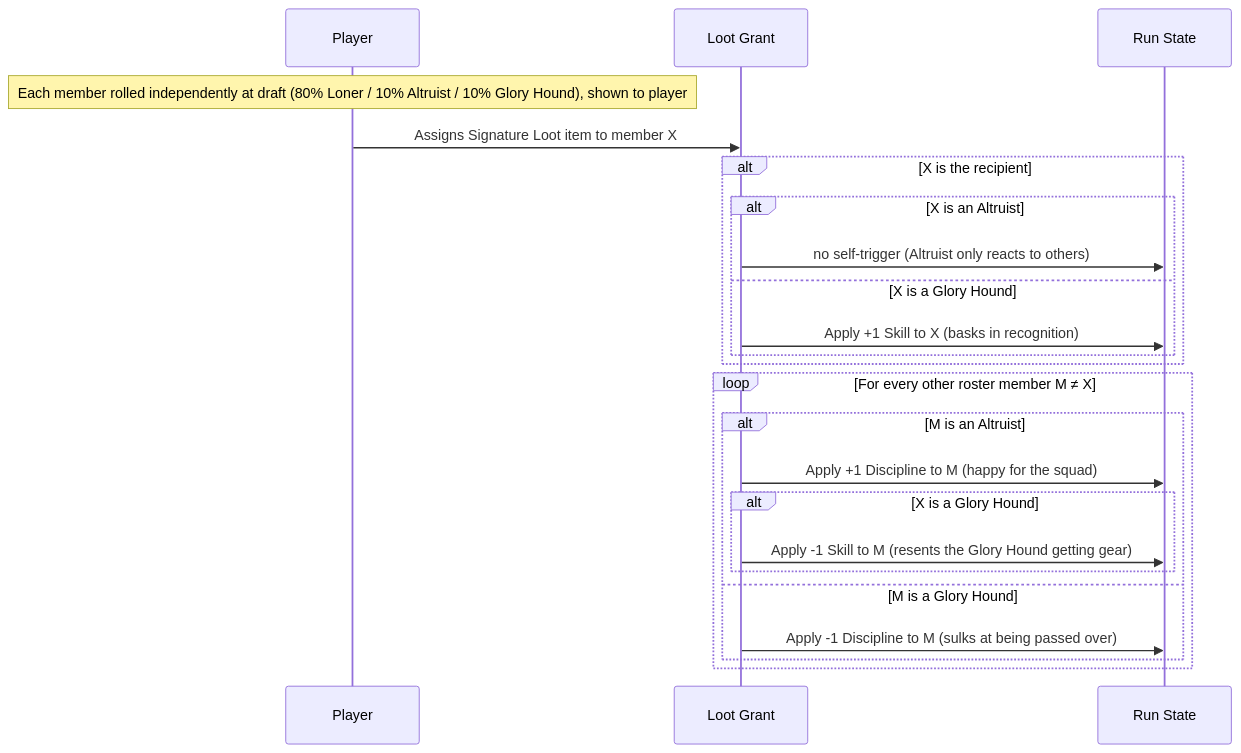
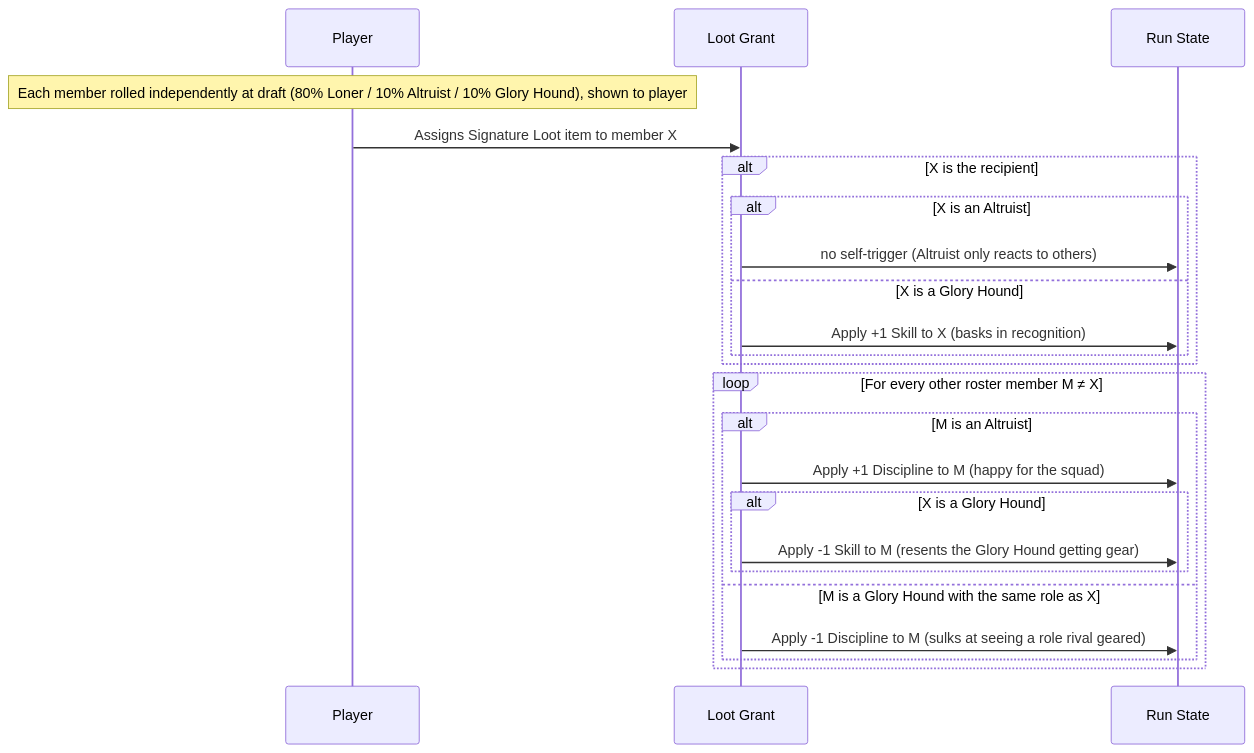
Before and after one commit to g-trinh/raid-manager: the diagram in docs/feature/personalities.md, drawn with Mermaid. The commit also changed other lines of this file and 2 other files, not shown here.

First line of the commit message:
feat(loot): limit Glory Hound sulk to same-role grants

````diff
--- a/docs/feature/personalities.md
+++ b/docs/feature/personalities.md
@@ -102,26 +102,26 @@
 ```mermaid
 sequenceDiagram
     participant P as Player
     participant L as Loot Grant
     participant RS as Run State
 
     Note over P: Each member rolled independently at draft (80% Loner / 10% Altruist / 10% Glory Hound), shown to player
     P->>L: Assigns Signature Loot item to member X
     alt X is the recipient
         alt X is an Altruist
             L->>RS: no self-trigger (Altruist only reacts to others)
         else X is a Glory Hound
             L->>RS: Apply +1 Skill to X (basks in recognition)
         end
     end
     loop For every other roster member M ≠ X
         alt M is an Altruist
             L->>RS: Apply +1 Discipline to M (happy for the squad)
             alt X is a Glory Hound
                 L->>RS: Apply -1 Skill to M (resents the Glory Hound getting gear)
             end
-        else M is a Glory Hound
-            L->>RS: Apply -1 Discipline to M (sulks at being passed over)
+        else M is a Glory Hound with the same role as X
+            L->>RS: Apply -1 Discipline to M (sulks at seeing a role rival geared)
         end
     end
 ```
````
